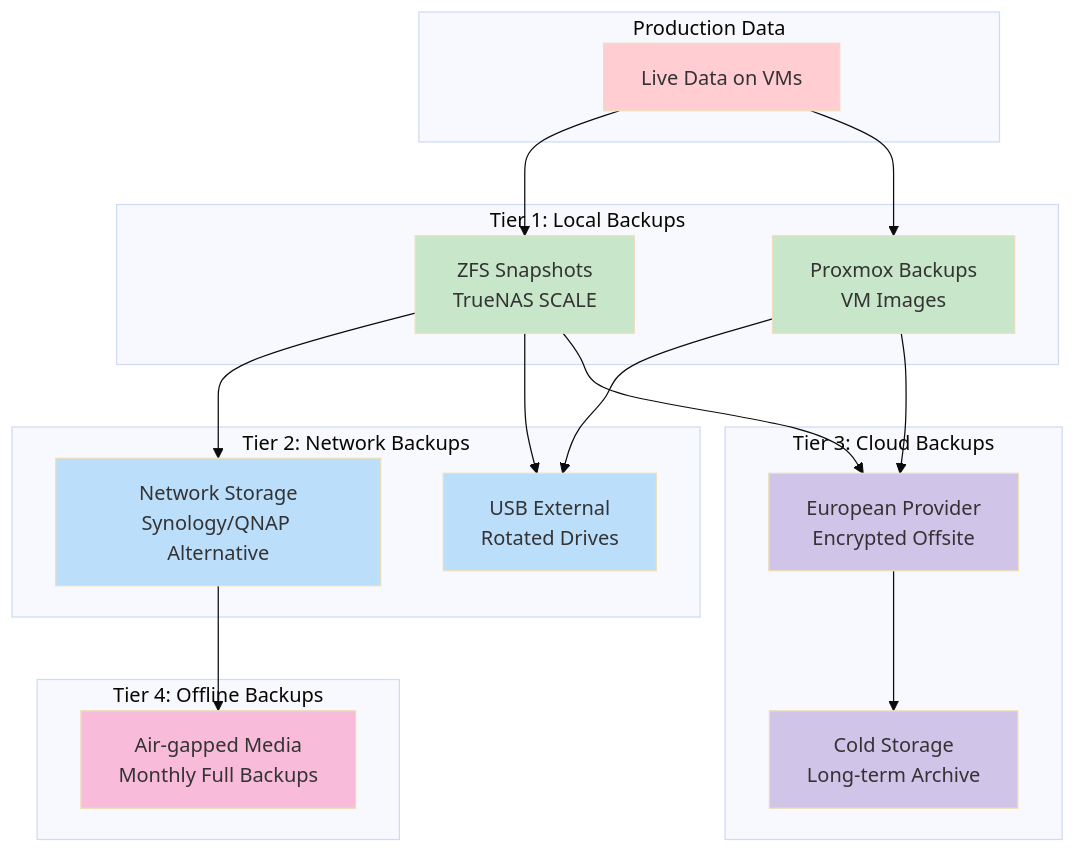
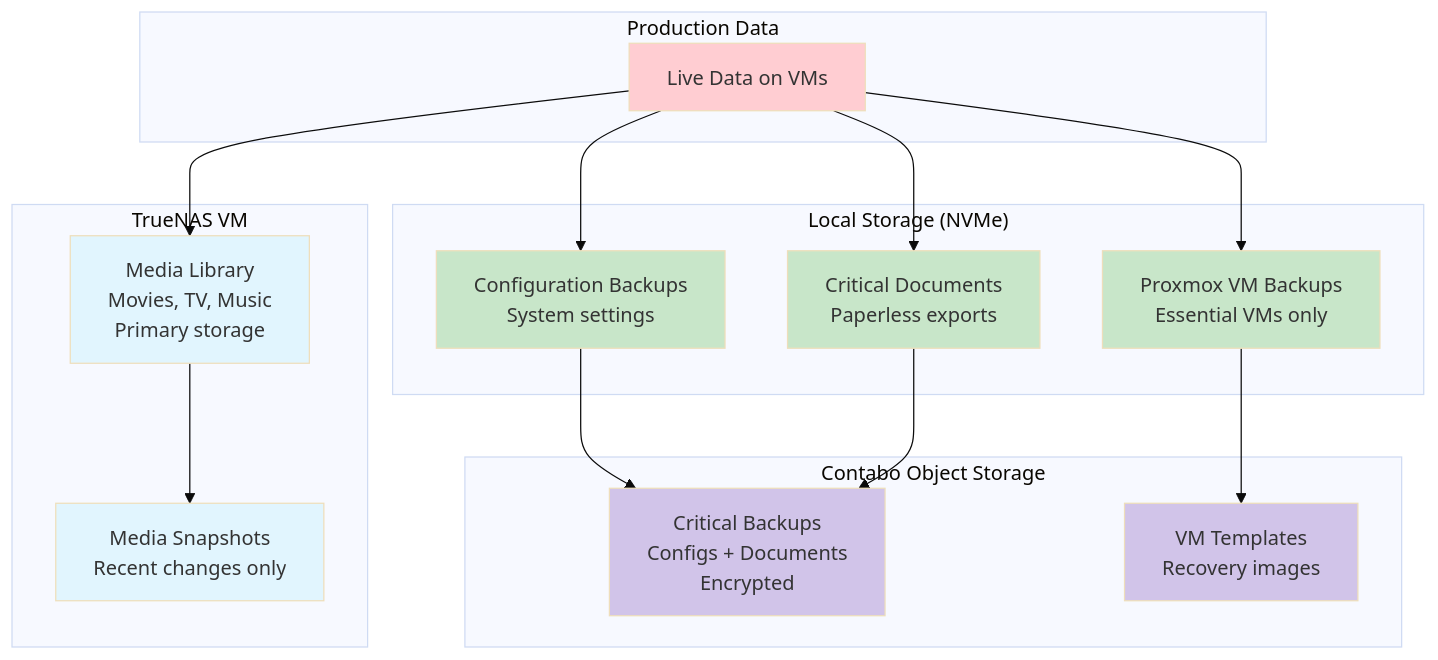
The first of 2 diagrams in docs/backup.md (TehZombiJesus/home-lab-setup), drawn with Mermaid (base theme) before and after one commit. The commit also changed other lines of this file, not shown here.

````diff
--- a/docs/backup.md
+++ b/docs/backup.md
@@ -19,47 +18,41 @@
 ```mermaid
 graph TB
     subgraph "Production Data"
         PROD[Live Data on VMs]
     end
     
-    subgraph "Tier 1: Local Backups"
-        ZFS[ZFS Snapshots<br/>TrueNAS SCALE]
-        PROXMOX[Proxmox Backups<br/>VM Images]
+    subgraph "Local Storage (NVMe)"
+        PROXMOX[Proxmox VM Backups<br/>Essential VMs only]
+        CONFIGS[Configuration Backups<br/>System settings]
+        DOCS[Critical Documents<br/>Paperless exports]
     end
     
-    subgraph "Tier 2: Network Backups"
-        NAS[Network Storage<br/>Synology/QNAP Alternative]
-        USB[USB External<br/>Rotated Drives]
+    subgraph "TrueNAS VM"
+        MEDIA[Media Library<br/>Movies, TV, Music<br/>Primary storage]
+        SNAPSHOTS[Media Snapshots<br/>Recent changes only]
     end
     
-    subgraph "Tier 3: Cloud Backups"
-        EU_CLOUD[European Provider<br/>Encrypted Offsite]
-        GLACIER[Cold Storage<br/>Long-term Archive]
+    subgraph "Contabo Object Storage"
+        S3_CRITICAL[Critical Backups<br/>Configs + Documents<br/>Encrypted]
+        S3_VM[VM Templates<br/>Recovery images]
     end
     
-    subgraph "Tier 4: Offline Backups"
-        OFFLINE[Air-gapped Media<br/>Monthly Full Backups]
-    end
+    PROD --> PROXMOX
+    PROD --> CONFIGS
+    PROD --> DOCS
+    PROD --> MEDIA
+    MEDIA --> SNAPSHOTS
     
-    PROD --> ZFS
-    PROD --> PROXMOX
-    
-    ZFS --> NAS
-    ZFS --> USB
-    PROXMOX --> USB
-    
-    ZFS --> EU_CLOUD
-    PROXMOX --> EU_CLOUD
-    
-    EU_CLOUD --> GLACIER
-    NAS --> OFFLINE
+    CONFIGS --> S3_CRITICAL
+    DOCS --> S3_CRITICAL
+    PROXMOX --> S3_VM
     
     style PROD fill:#ffcdd2
-    style ZFS fill:#c8e6c9
     style PROXMOX fill:#c8e6c9
-    style NAS fill:#bbdefb
-    style USB fill:#bbdefb
-    style EU_CLOUD fill:#d1c4e9
-    style GLACIER fill:#d1c4e9
-    style OFFLINE fill:#f8bbd9
+    style CONFIGS fill:#c8e6c9
+    style DOCS fill:#c8e6c9
+    style MEDIA fill:#e1f5fe
+    style SNAPSHOTS fill:#e1f5fe
+    style S3_CRITICAL fill:#d1c4e9
+    style S3_VM fill:#d1c4e9
 ```
````
